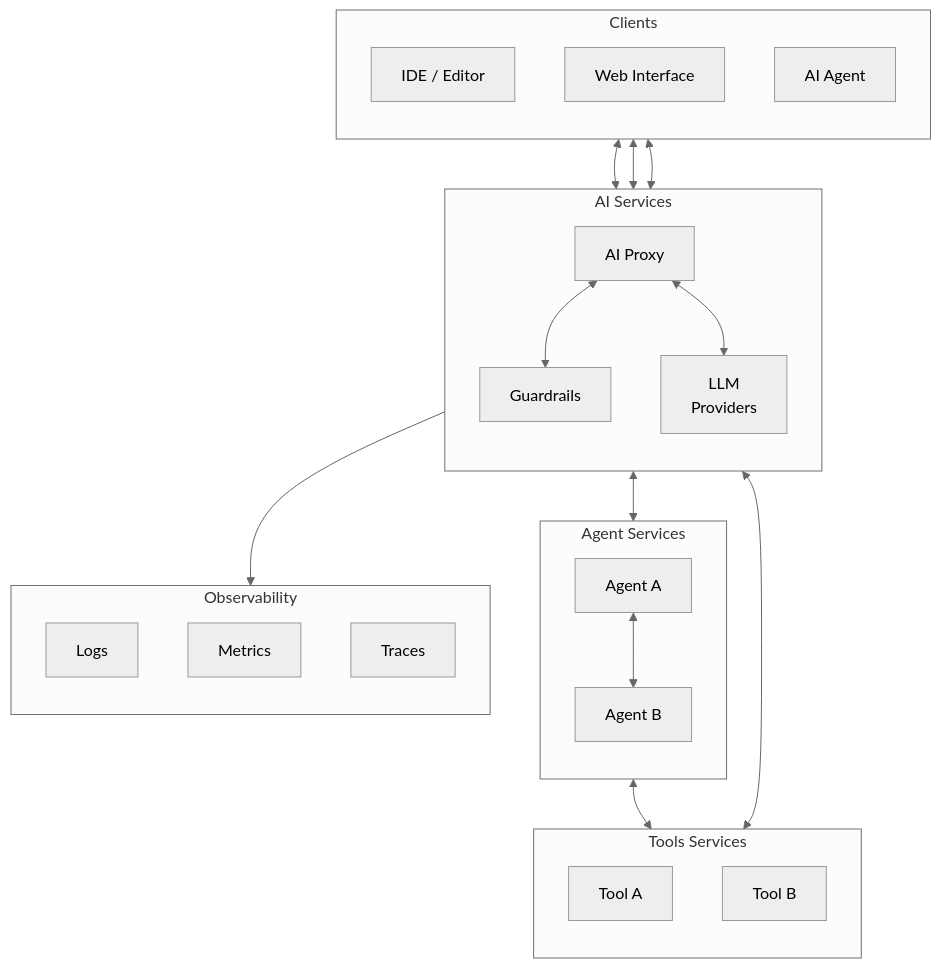
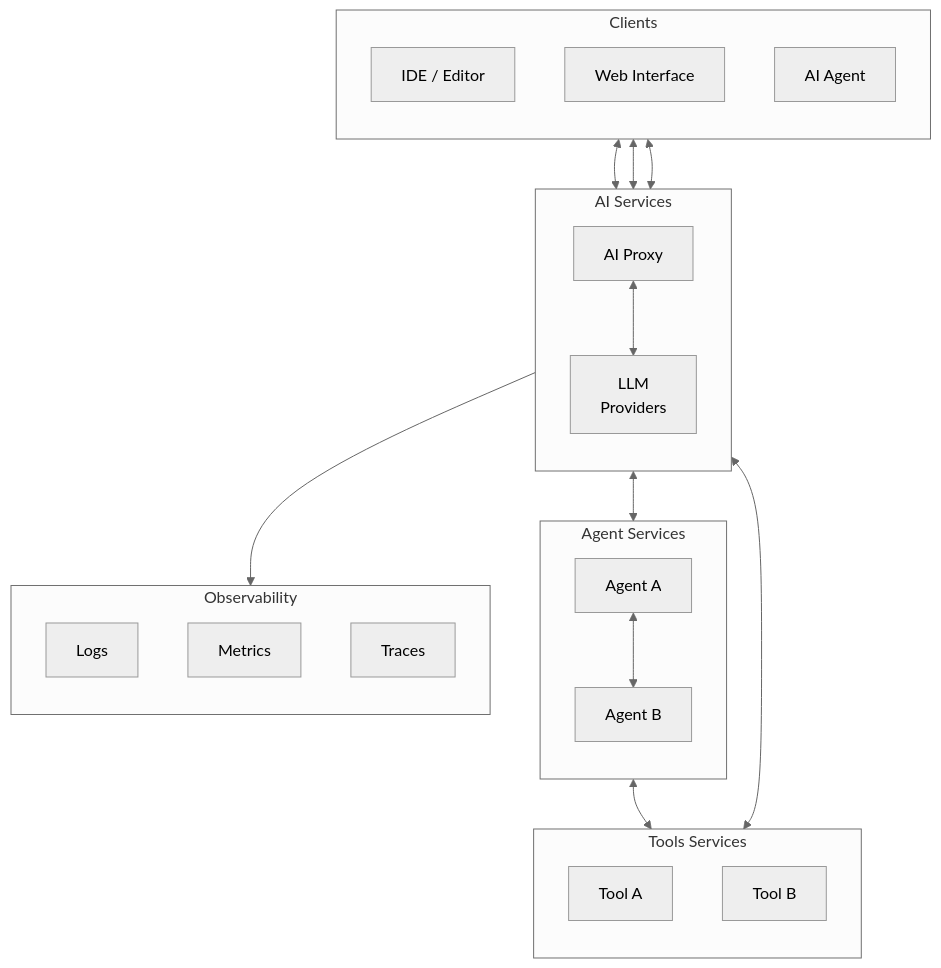
One commit to Apocrathia/homelab changed the diagram in flux/manifests/04-apps/artificial-intelligence/README.md. Above: the diagram before and after it, drawn with Mermaid (neutral theme). The commit also changed other lines of this file and 34 other files, not shown here.

````diff
--- a/flux/manifests/04-apps/artificial-intelligence/README.md
+++ b/flux/manifests/04-apps/artificial-intelligence/README.md
@@ -13,49 +13,47 @@
 ```mermaid
 flowchart TB
     subgraph Clients["Clients"]
         direction TB
         IDE["IDE / Editor"]
         WebUI["Web Interface"]
         Agent["AI Agent"]
     end
 
     subgraph AIServices["AI Services"]
         direction TB
         Proxy["AI Proxy"]
-        Guard["Guardrails"]
         Backends["LLM<br/>Providers"]
     end
 
     subgraph AgentServices["Agent Services"]
         direction TB
         Agent1["Agent A"]
         Agent2["Agent B"]
     end
 
     subgraph ToolsServices["Tools Services"]
         direction TB
         Tool1["Tool A"]
         Tool2["Tool B"]
     end
 
     subgraph Observability["Observability"]
         direction TB
         Logs["Logs"]
         Metrics["Metrics"]
         Traces["Traces"]
     end
 
     IDE <--> Proxy
     WebUI <--> Proxy
     Agent <--> Proxy
 
-    Proxy <--> Guard
     Proxy <--> Backends
 
     Proxy <--> AgentServices & ToolsServices
 
     Agent1 <--> Agent2
     Agent2 <--> Tool2
 
     Proxy --> Observability
 ```
````
